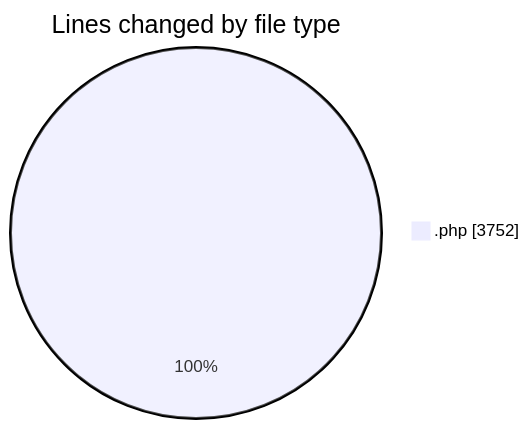
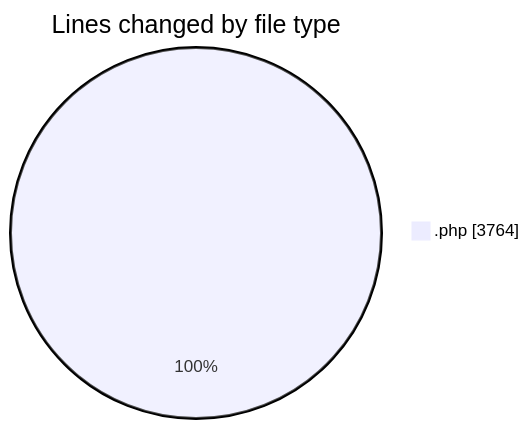
The first of 2 diagrams in 2026-08-05/untitled__workspace_/README.md (debugP/code-tracking), drawn with Mermaid before and after one commit. The commit also changed other lines of this file and 1 other file, not shown here.

````diff
--- a/2026-08-05/untitled__workspace_/README.md
+++ b/2026-08-05/untitled__workspace_/README.md
@@ -21,5 +21,5 @@
 ```mermaid
 pie showData
 title Lines changed by file type
-".php" : 3752
+".php" : 3764
 ```
````
